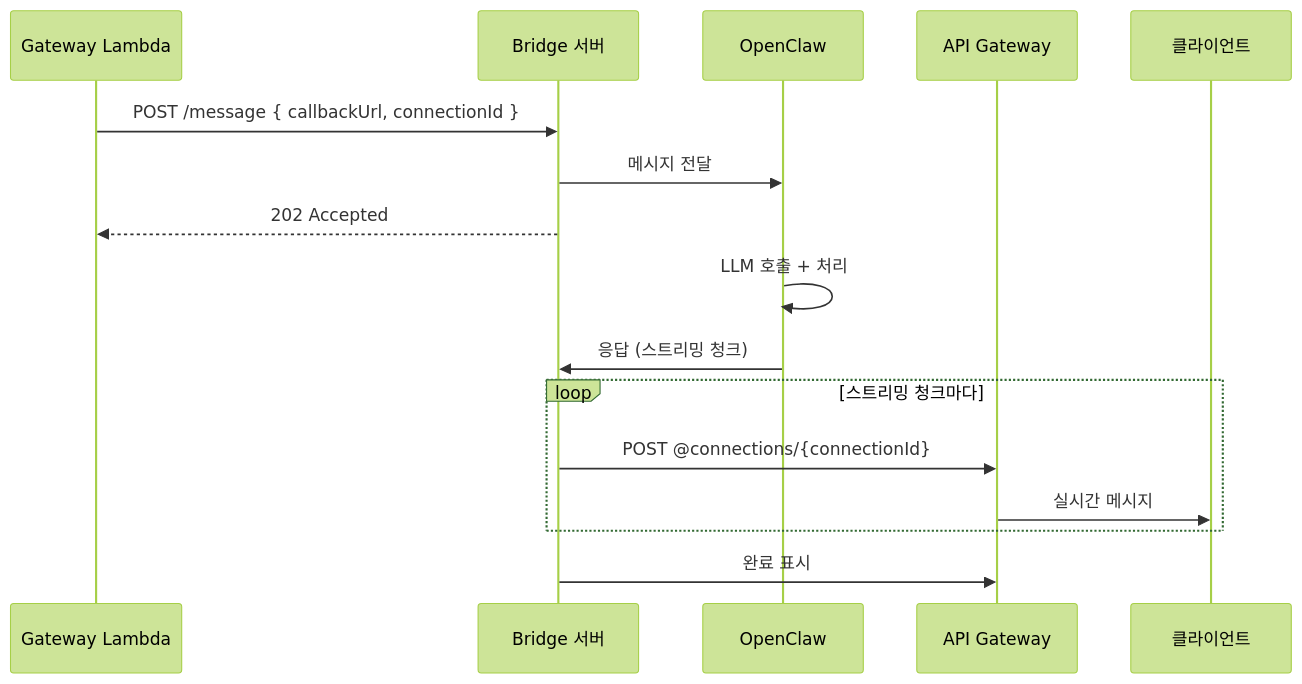
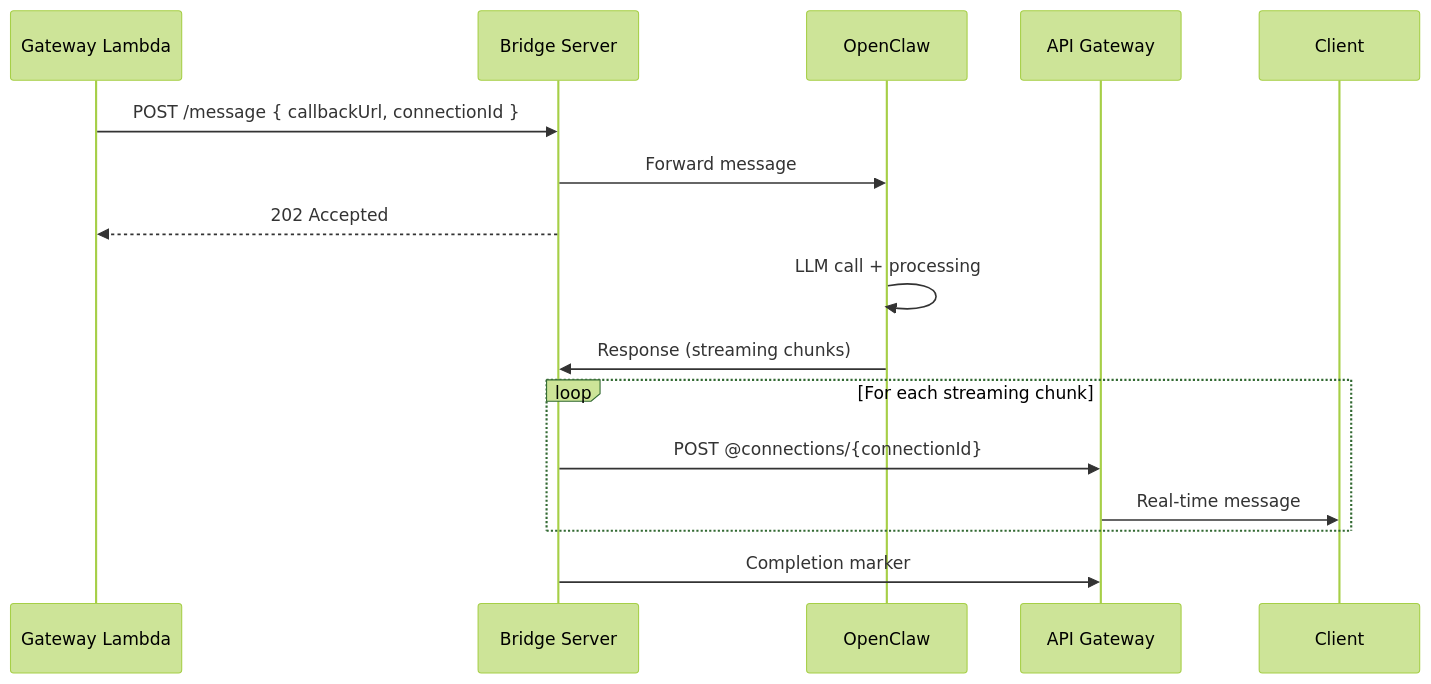
Before and after one commit to geoseong/serverless-openclaw: the seventh of 12 diagrams in docs/architecture.md, drawn with Mermaid (forest theme). The commit also changed other lines of this file and 8 other files, not shown here.

````diff
--- a/docs/architecture.md
+++ b/docs/architecture.md
@@ -332,22 +332,22 @@
 ```mermaid
 sequenceDiagram
     participant Lambda as Gateway Lambda
-    participant Bridge as Bridge 서버
+    participant Bridge as Bridge Server
     participant OC as OpenClaw
     participant APIGW as API Gateway
-    participant Client as 클라이언트
+    participant Client as Client
 
     Lambda->>Bridge: POST /message { callbackUrl, connectionId }
-    Bridge->>OC: 메시지 전달
+    Bridge->>OC: Forward message
     Bridge-->>Lambda: 202 Accepted
 
-    OC->>OC: LLM 호출 + 처리
-    OC->>Bridge: 응답 (스트리밍 청크)
+    OC->>OC: LLM call + processing
+    OC->>Bridge: Response (streaming chunks)
 
-    loop 스트리밍 청크마다
+    loop For each streaming chunk
         Bridge->>APIGW: POST @connections/{connectionId}
-        APIGW->>Client: 실시간 메시지
+        APIGW->>Client: Real-time message
     end
 
-    Bridge->>APIGW: 완료 표시
+    Bridge->>APIGW: Completion marker
 ```
````
